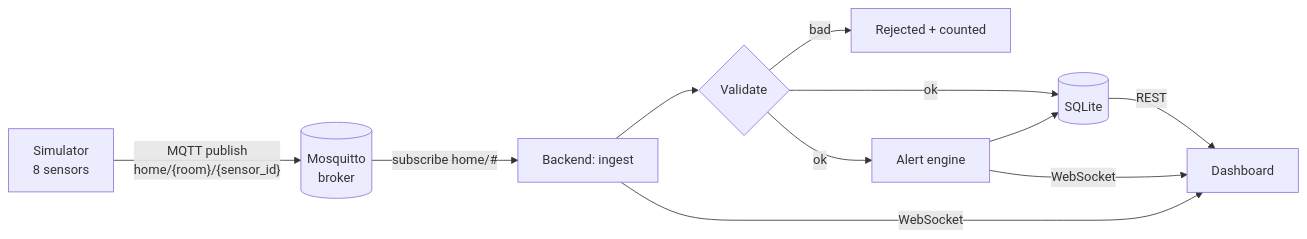
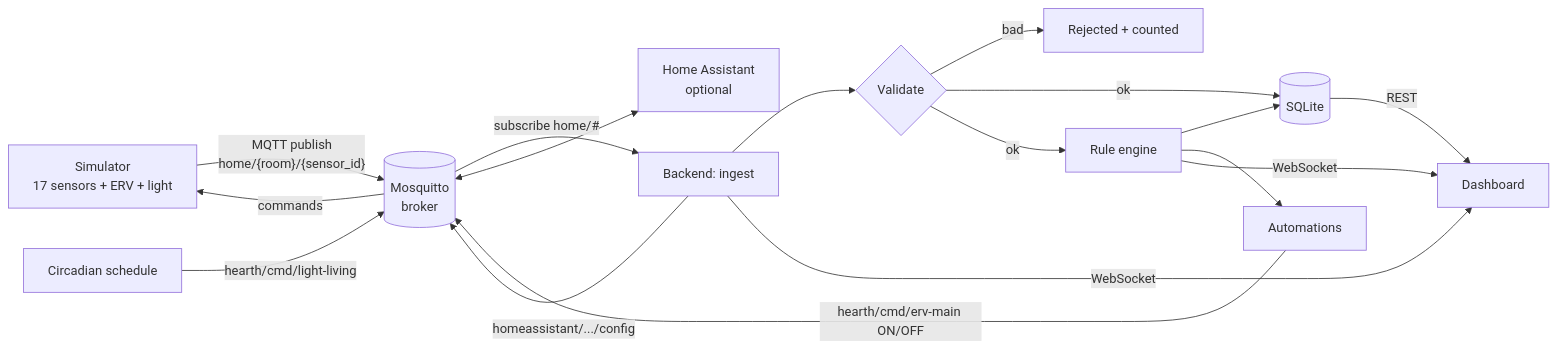
The diagram in README.md (alok-kul5/hearth-iot), drawn with Mermaid before and after one commit. The commit also changed other lines of this file and 1 other file, not shown here.

Commit message:
Document wellness, local-first design and Home Assistant setup

````diff
--- a/README.md
+++ b/README.md
@@ -27,13 +46,19 @@
 ```mermaid
 flowchart LR
-    S[Simulator<br/>8 sensors] -- "MQTT publish<br/>home/{room}/{sensor_id}" --> B[(Mosquitto<br/>broker)]
+    S[Simulator<br/>17 sensors + ERV + light] -- "MQTT publish<br/>home/{room}/{sensor_id}" --> B[(Mosquitto<br/>broker)]
     B -- "subscribe home/#" --> I[Backend: ingest]
     I --> V{Validate}
     V -- bad --> X[Rejected + counted]
     V -- ok --> DB[(SQLite)]
-    V -- ok --> R[Alert engine]
+    V -- ok --> R[Rule engine]
     R --> DB
+    R --> A[Automations]
+    A -- "hearth/cmd/erv-main ON/OFF" --> B
+    C[Circadian schedule] -- "hearth/cmd/light-living" --> B
+    B -- commands --> S
+    I -- "homeassistant/.../config" --> B
+    B <--> HA[Home Assistant<br/>optional]
     I -- WebSocket --> D[Dashboard]
     R -- WebSocket --> D
     DB -- REST --> D
 ```
````
